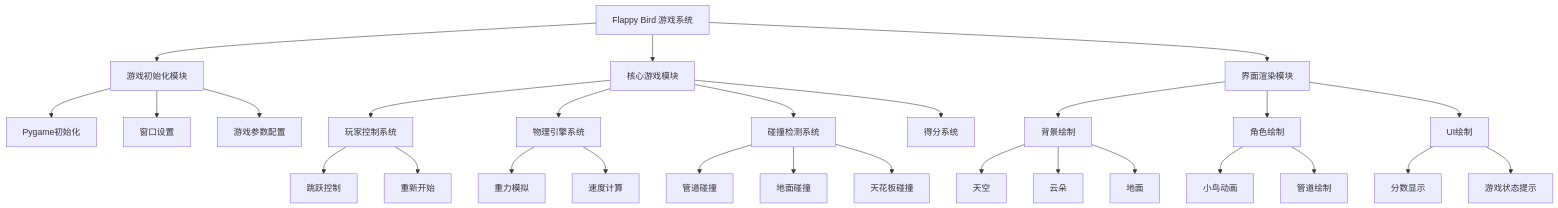
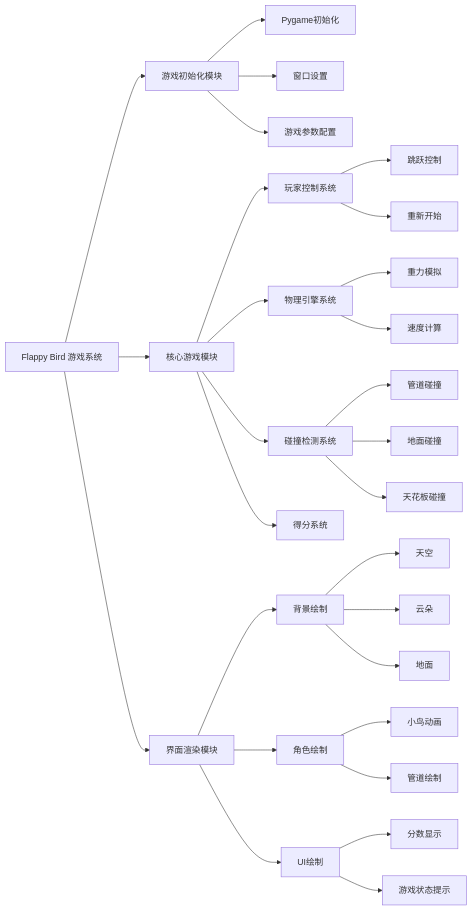
One commit to may3rr/iodraw-files changed the diagram in all/未命名-3.md. Above: the diagram before and after it, drawn with Mermaid.

Commit message:
2024-11-11 20:31:00 update

````diff
--- a/all/未命名-3.md
+++ b/all/未命名-3.md
@@ -1,39 +1,39 @@
 ```mermaid
-graph TD
+graph LR
     A[Flappy Bird 游戏系统] --> B[游戏初始化模块]
     A --> C[核心游戏模块]
     A --> D[界面渲染模块]
     
     B --> B1[Pygame初始化]
     B --> B2[窗口设置]
     B --> B3[游戏参数配置]
     
     C --> C1[玩家控制系统]
     C --> C2[物理引擎系统]
     C --> C3[碰撞检测系统]
     C --> C4[得分系统]
     
     C1 --> C11[跳跃控制]
     C1 --> C12[重新开始]
     
     C2 --> C21[重力模拟]
     C2 --> C22[速度计算]
     
     C3 --> C31[管道碰撞]
     C3 --> C32[地面碰撞]
     C3 --> C33[天花板碰撞]
     
     D --> D1[背景绘制]
     D --> D2[角色绘制]
     D --> D3[UI绘制]
     
     D1 --> D11[天空]
     D1 --> D12[云朵]
     D1 --> D13[地面]
     
     D2 --> D21[小鸟动画]
     D2 --> D22[管道绘制]
     
     D3 --> D31[分数显示]
     D3 --> D32[游戏状态提示]
 ```
````
